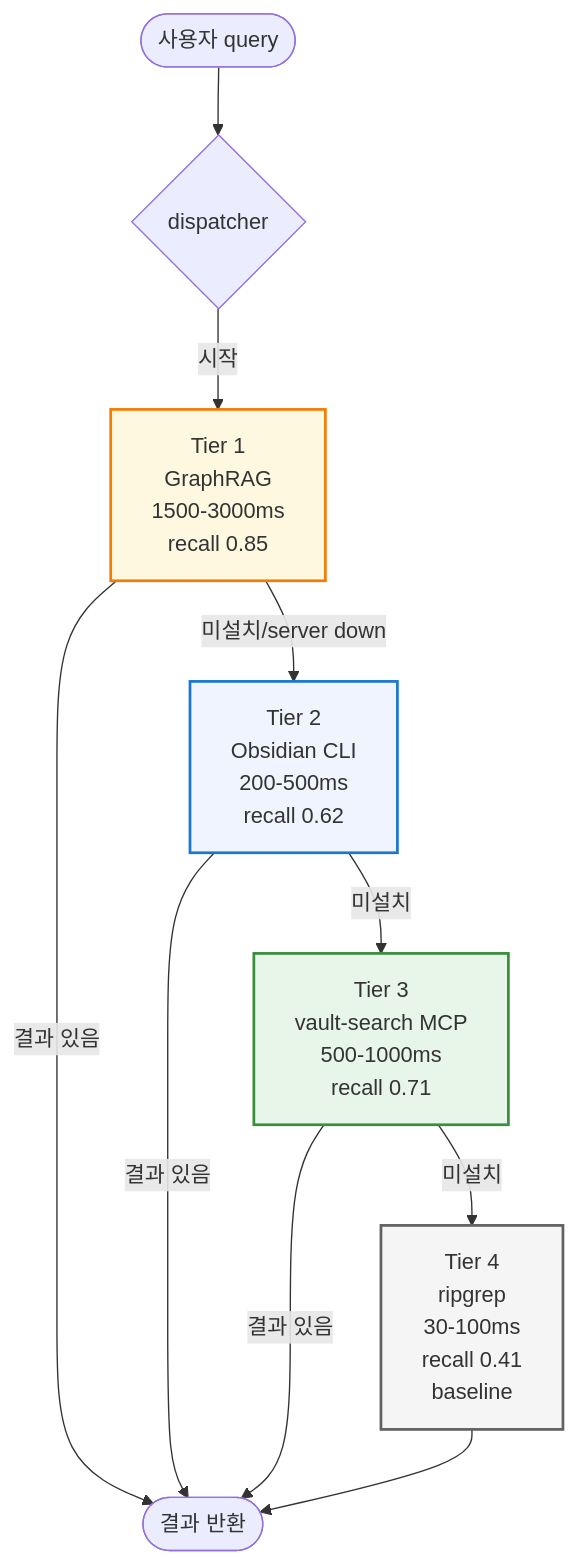
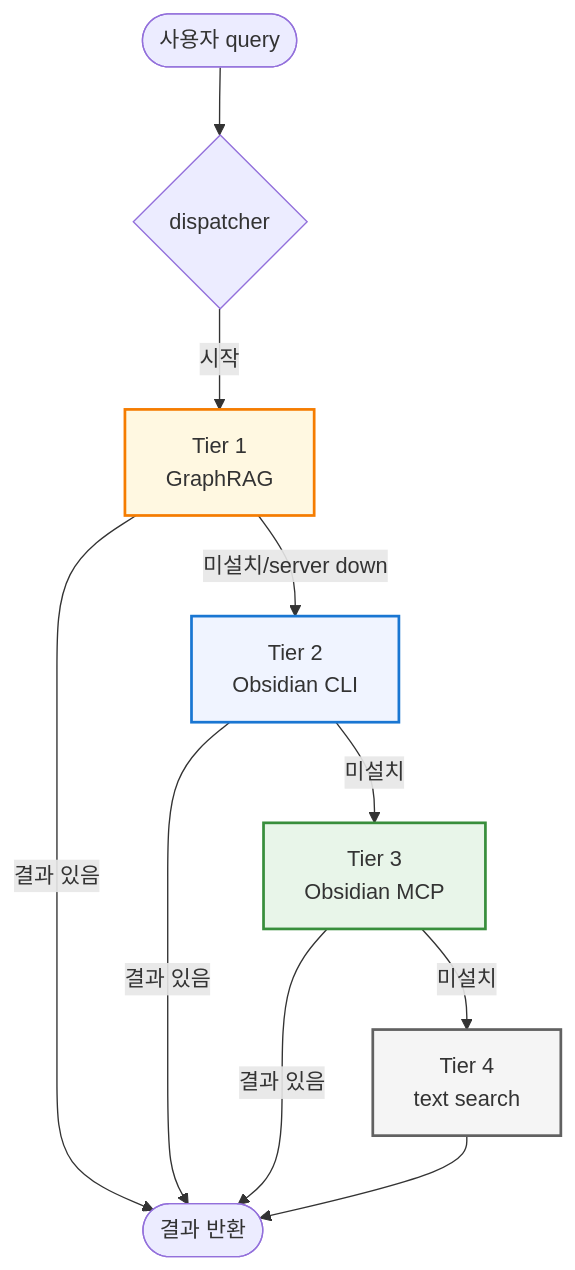
Before and after one commit to treylom/ThisCode: the first of 6 diagrams in docs/ARCHITECTURE.md, drawn with Mermaid. The commit also changed other lines of this file and 53 other files, not shown here.

````diff
--- a/docs/ARCHITECTURE.md
+++ b/docs/ARCHITECTURE.md
@@ -16,25 +16,25 @@
 ```mermaid
 flowchart TD
     Start([사용자 query]) --> Disp{dispatcher}
 
-    Disp -->|시작| T1[Tier 1<br/>GraphRAG<br/>1500-3000ms<br/>recall 0.85]
+    Disp -->|시작| T1[Tier 1<br/>GraphRAG]
     T1 -->|결과 있음| Return([결과 반환])
     T1 -->|미설치/server down| T2
 
-    T2[Tier 2<br/>Obsidian CLI<br/>200-500ms<br/>recall 0.62] -->|결과 있음| Return
+    T2[Tier 2<br/>Obsidian CLI] -->|결과 있음| Return
     T2 -->|미설치| T3
 
-    T3[Tier 3<br/>vault-search MCP<br/>500-1000ms<br/>recall 0.71] -->|결과 있음| Return
+    T3[Tier 3<br/>Obsidian MCP] -->|결과 있음| Return
     T3 -->|미설치| T4
 
-    T4[Tier 4<br/>ripgrep<br/>30-100ms<br/>recall 0.41<br/>baseline] --> Return
+    T4[Tier 4<br/>text search] --> Return
 
     classDef tier1 fill:#fff8e1,stroke:#f57c00,stroke-width:2px
     classDef tier2 fill:#f0f4ff,stroke:#1976d2,stroke-width:2px
     classDef tier3 fill:#e8f5e9,stroke:#388e3c,stroke-width:2px
     classDef tier4 fill:#f5f5f5,stroke:#616161,stroke-width:2px
     class T1 tier1
     class T2 tier2
     class T3 tier3
     class T4 tier4
 ```
````
